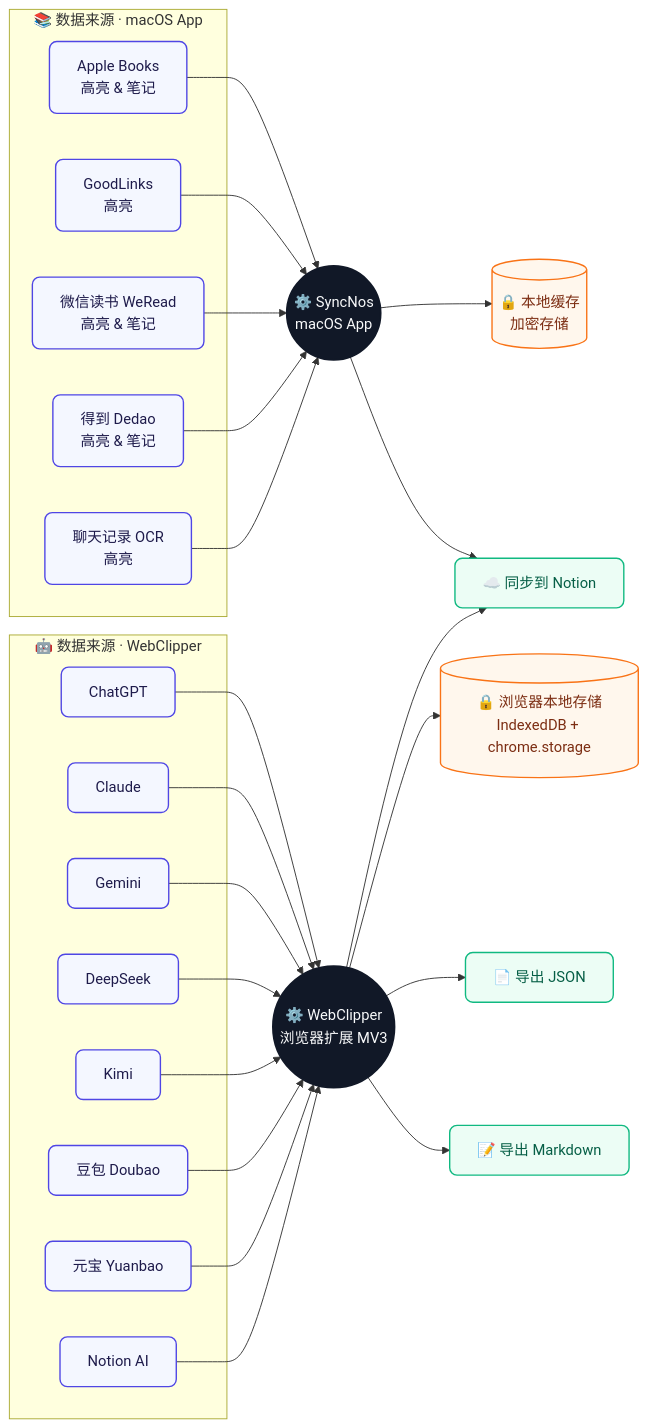
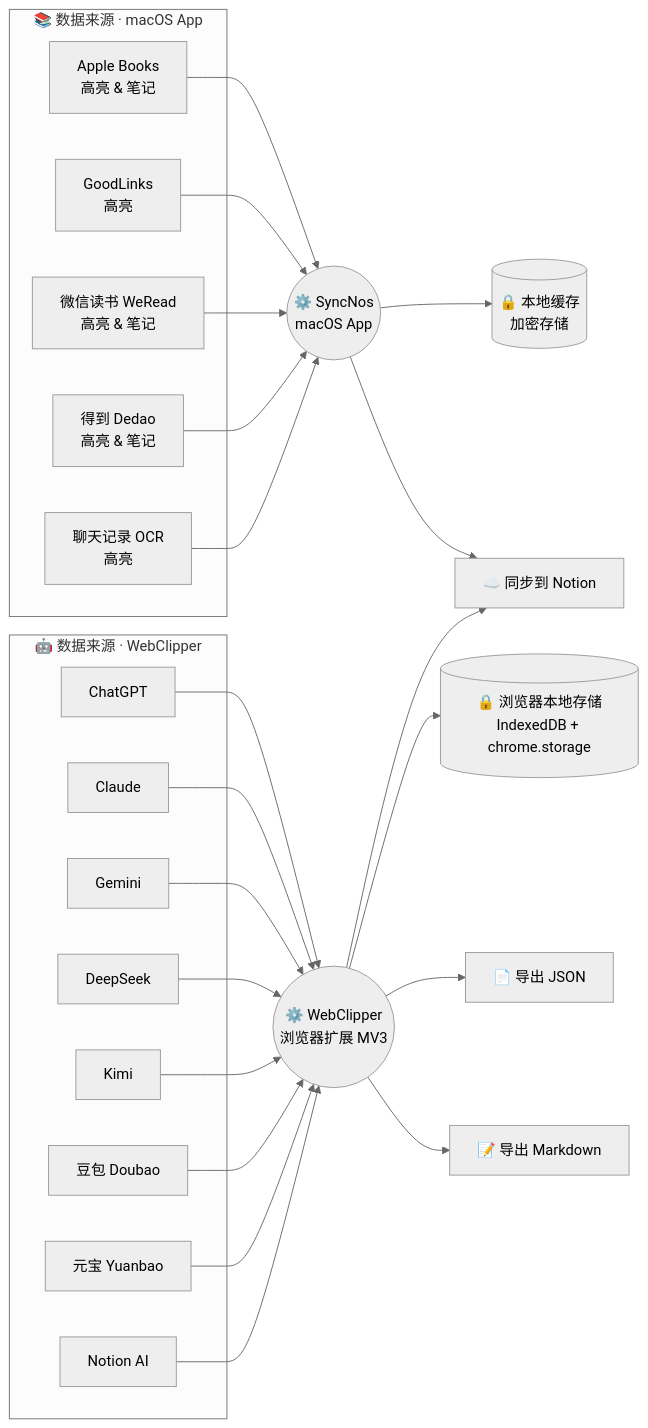
One commit to chiimagnus/SyncNos changed the diagram in README.zh-CN.md. Above: the diagram before and after it, drawn with Mermaid.

Commit message:
feat: 优化工作流程示意图，简化 Mermaid 图表样式

````diff
--- a/README.zh-CN.md
+++ b/README.zh-CN.md
@@ -12,52 +12,48 @@
 ```mermaid
+%%{init: {'theme':'neutral'}}%%
 flowchart LR
-    classDef src fill:#F4F7FF,stroke:#4F46E5,color:#1E1B4B,stroke-width:1.5px,rx:8,ry:8;
-    classDef hub fill:#111827,stroke:#111827,color:#F9FAFB,stroke-width:2px,rx:50,ry:50;
-    classDef cache fill:#FFF7ED,stroke:#F97316,color:#7C2D12,stroke-width:1.5px;
-    classDef out fill:#ECFDF5,stroke:#10B981,color:#065F46,stroke-width:1.5px,rx:8,ry:8;
-
     subgraph APP_SRC[" 📚 数据来源 · macOS App "]
-        AB["Apple Books<br>高亮 & 笔记"]:::src
-        GL["GoodLinks<br>高亮"]:::src
-        WR["微信读书 WeRead<br>高亮 & 笔记"]:::src
-        DD["得到 Dedao<br>高亮 & 笔记"]:::src
-        OCR["聊天记录 OCR<br>高亮"]:::src
+        AB["Apple Books<br>高亮 & 笔记"]
+        GL["GoodLinks<br>高亮"]
+        WR["微信读书 WeRead<br>高亮 & 笔记"]
+        DD["得到 Dedao<br>高亮 & 笔记"]
+        OCR["聊天记录 OCR<br>高亮"]
     end
 
     subgraph WC_SRC[" 🤖 数据来源 · WebClipper "]
-        CGPT["ChatGPT"]:::src
-        CLD["Claude"]:::src
-        GEM["Gemini"]:::src
-        DS["DeepSeek"]:::src
-        KIMI["Kimi"]:::src
-        DOU["豆包 Doubao"]:::src
-        YUAN["元宝 Yuanbao"]:::src
-        NA["Notion AI"]:::src
+        CGPT["ChatGPT"]
+        CLD["Claude"]
+        GEM["Gemini"]
+        DS["DeepSeek"]
+        KIMI["Kimi"]
+        DOU["豆包 Doubao"]
+        YUAN["元宝 Yuanbao"]
+        NA["Notion AI"]
     end
 
-    SyncNos(("⚙️ SyncNos<br>macOS App")):::hub
-    WebClipper(("⚙️ WebClipper<br>浏览器扩展 MV3")):::hub
+    SyncNos(("⚙️ SyncNos<br>macOS App"))
+    WebClipper(("⚙️ WebClipper<br>浏览器扩展 MV3"))
 
     AB --> SyncNos
     GL --> SyncNos
     WR --> SyncNos
     DD --> SyncNos
     OCR --> SyncNos
 
     CGPT --> WebClipper
     CLD --> WebClipper
     GEM --> WebClipper
     DS --> WebClipper
     KIMI --> WebClipper
     DOU --> WebClipper
     YUAN --> WebClipper
     NA --> WebClipper
 
-    SyncNos --> LOCAL_APP[("🔒 本地缓存<br>加密存储")]:::cache
-    WebClipper --> LOCAL_WC[("🔒 浏览器本地存储<br>IndexedDB + chrome.storage")]:::cache
+    SyncNos --> LOCAL_APP[("🔒 本地缓存<br>加密存储")]
+    WebClipper --> LOCAL_WC[("🔒 浏览器本地存储<br>IndexedDB + chrome.storage")]
 
-    SyncNos --> NOTION["☁️ 同步到 Notion"]:::out
+    SyncNos --> NOTION["☁️ 同步到 Notion"]
     WebClipper --> NOTION
-    WebClipper --> JSON["📄 导出 JSON"]:::out
-    WebClipper --> MD["📝 导出 Markdown"]:::out
+    WebClipper --> JSON["📄 导出 JSON"]
+    WebClipper --> MD["📝 导出 Markdown"]
 ```
````
